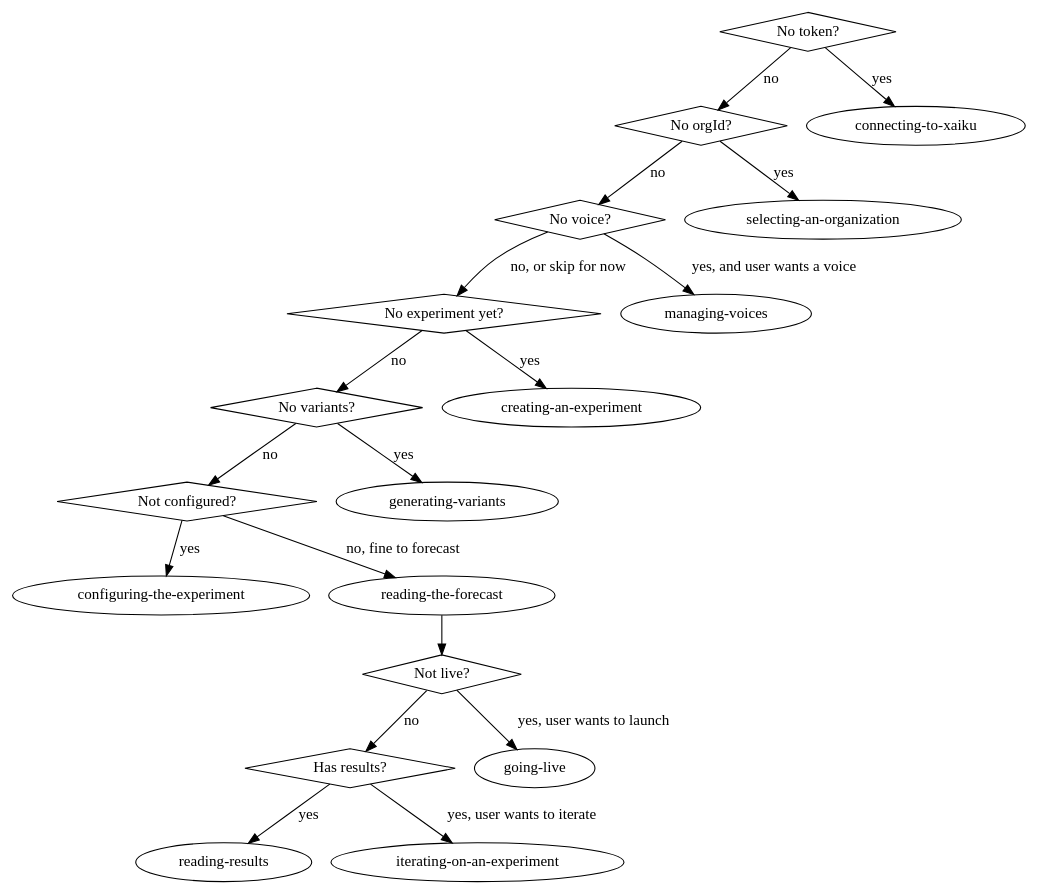
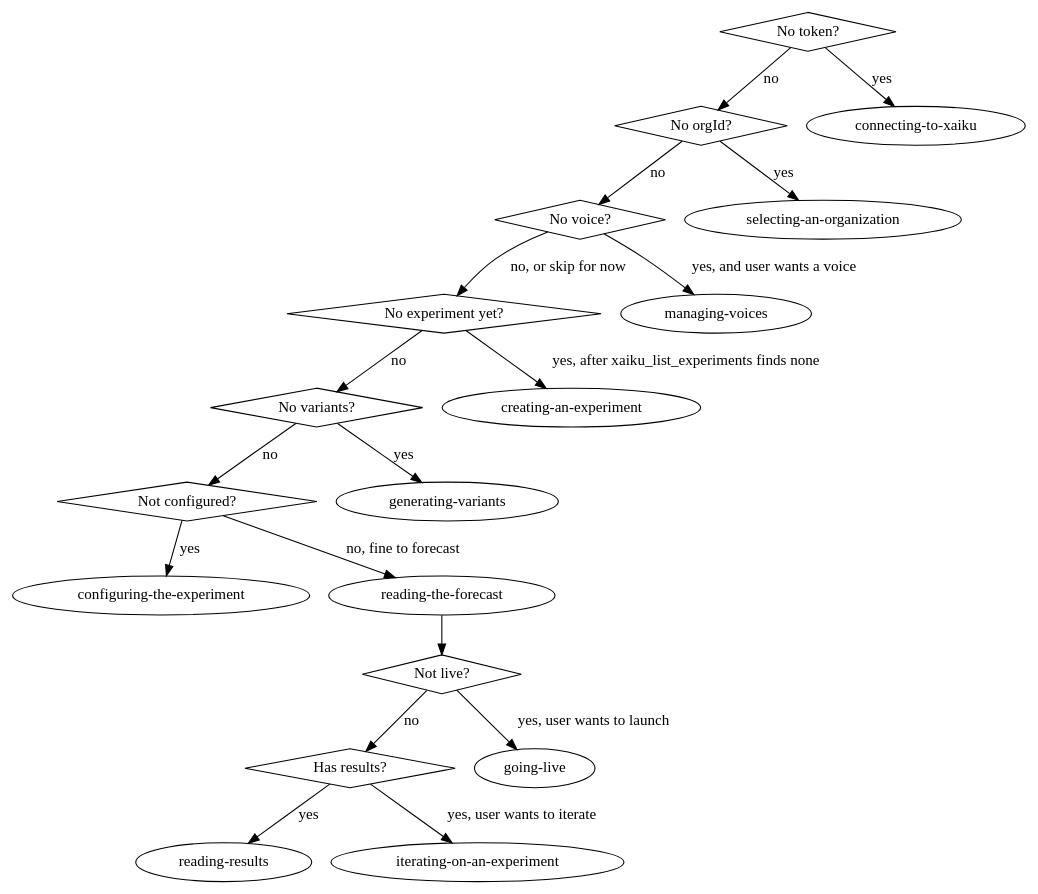
One commit to novykh/xaiku-sdk changed the diagram in packages/agent-plugin/skills/using-xaiku/SKILL.md. Above: the diagram before and after it, drawn with Graphviz. The commit also changed other lines of this file and 14 other files, not shown here.

````diff
--- a/packages/agent-plugin/skills/using-xaiku/SKILL.md
+++ b/packages/agent-plugin/skills/using-xaiku/SKILL.md
@@ -29,30 +29,30 @@
 ```dot
 digraph routing {
   "No token?" [shape=diamond];
   "No orgId?" [shape=diamond];
   "No voice?" [shape=diamond];
   "No experiment yet?" [shape=diamond];
   "No variants?" [shape=diamond];
   "Not configured?" [shape=diamond];
   "Not live?" [shape=diamond];
   "Has results?" [shape=diamond];
 
   "No token?" -> "connecting-to-xaiku" [label="yes"];
   "No token?" -> "No orgId?" [label="no"];
   "No orgId?" -> "selecting-an-organization" [label="yes"];
   "No orgId?" -> "No voice?" [label="no"];
   "No voice?" -> "managing-voices" [label="yes, and user wants a voice"];
   "No voice?" -> "No experiment yet?" [label="no, or skip for now"];
-  "No experiment yet?" -> "creating-an-experiment" [label="yes"];
+  "No experiment yet?" -> "creating-an-experiment" [label="yes, after xaiku_list_experiments finds none"];
   "No experiment yet?" -> "No variants?" [label="no"];
   "No variants?" -> "generating-variants" [label="yes"];
   "No variants?" -> "Not configured?" [label="no"];
   "Not configured?" -> "configuring-the-experiment" [label="yes"];
   "Not configured?" -> "reading-the-forecast" [label="no, fine to forecast"];
   "reading-the-forecast" -> "Not live?";
   "Not live?" -> "going-live" [label="yes, user wants to launch"];
   "Not live?" -> "Has results?" [label="no"];
   "Has results?" -> "reading-results" [label="yes"];
   "Has results?" -> "iterating-on-an-experiment" [label="yes, user wants to iterate"];
 }
 ```
````
